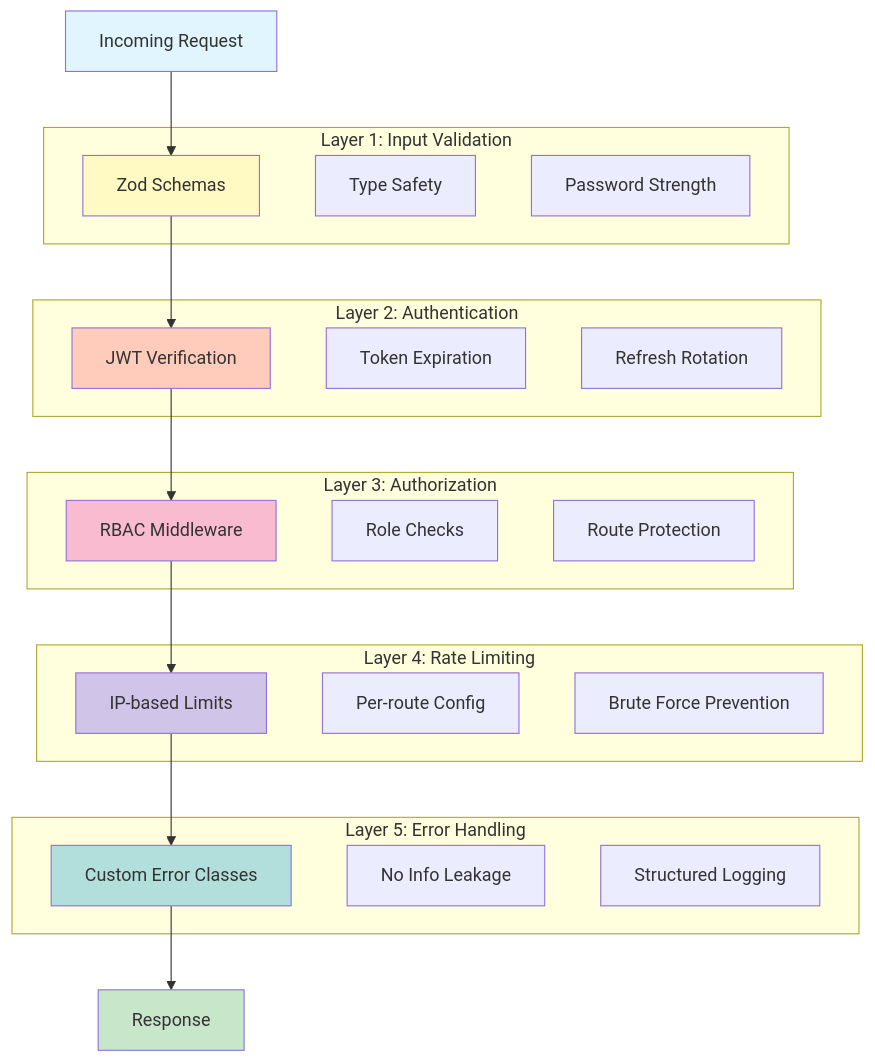
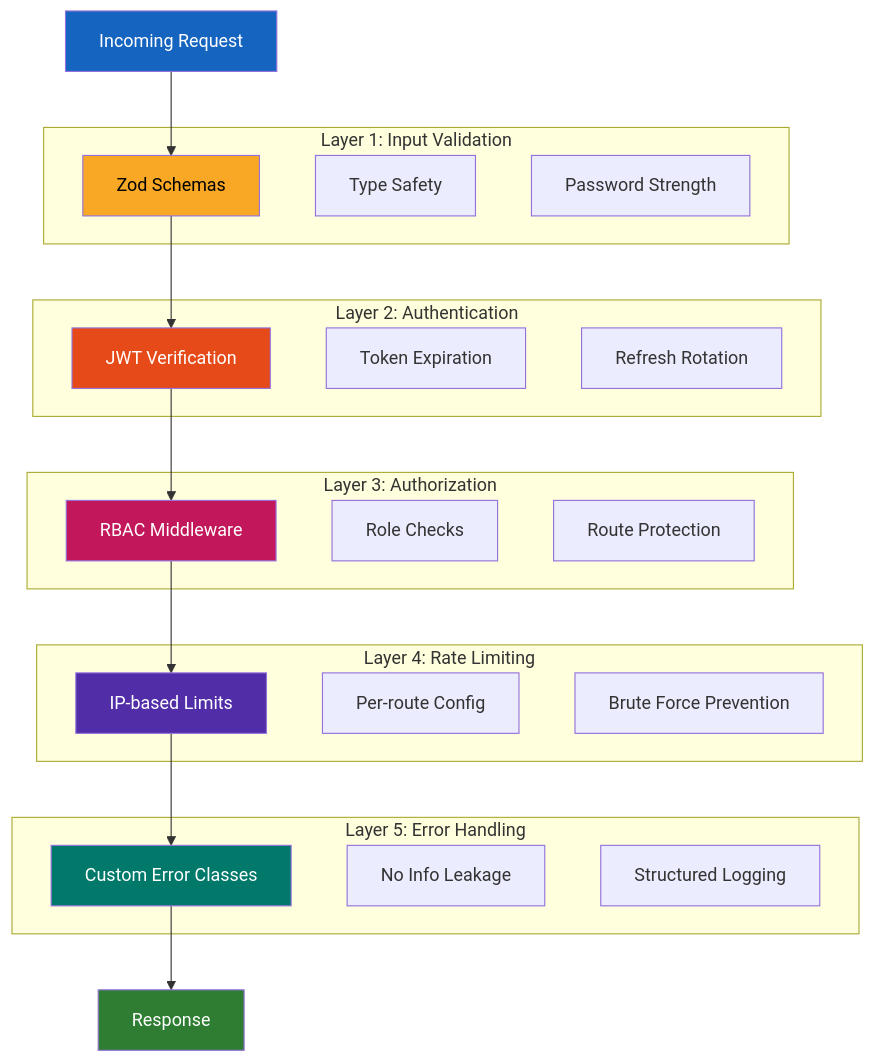
The seventh of 15 diagrams in DIAGRAMS.md (v1becheck/Next.js-SaaS-Starter), drawn with Mermaid before and after one commit. The commit also changed other lines of this file, not shown here.

````diff
--- a/DIAGRAMS.md
+++ b/DIAGRAMS.md
@@ -303,47 +303,47 @@
 ```mermaid
 graph TD
     subgraph "Layer 1: Input Validation"
         V1[Zod Schemas]
         V2[Type Safety]
         V3[Password Strength]
     end
     
     subgraph "Layer 2: Authentication"
         A1[JWT Verification]
         A2[Token Expiration]
         A3[Refresh Rotation]
     end
     
     subgraph "Layer 3: Authorization"
         Z1[RBAC Middleware]
         Z2[Role Checks]
         Z3[Route Protection]
     end
     
     subgraph "Layer 4: Rate Limiting"
         R1[IP-based Limits]
         R2[Per-route Config]
         R3[Brute Force Prevention]
     end
     
     subgraph "Layer 5: Error Handling"
         E1[Custom Error Classes]
         E2[No Info Leakage]
         E3[Structured Logging]
     end
     
     Request[Incoming Request] --> V1
     V1 --> A1
     A1 --> Z1
     Z1 --> R1
     R1 --> E1
     E1 --> Response[Response]
     
-    style Request fill:#e1f5ff
-    style Response fill:#c8e6c9
-    style V1 fill:#fff9c4
-    style A1 fill:#ffccbc
-    style Z1 fill:#f8bbd0
-    style R1 fill:#d1c4e9
-    style E1 fill:#b2dfdb
+    style Request fill:#1565c0,color:#fff
+    style Response fill:#2e7d32,color:#fff
+    style V1 fill:#f9a825,color:#000
+    style A1 fill:#e64a19,color:#fff
+    style Z1 fill:#c2185b,color:#fff
+    style R1 fill:#512da8,color:#fff
+    style E1 fill:#00796b,color:#fff
 ```
````
